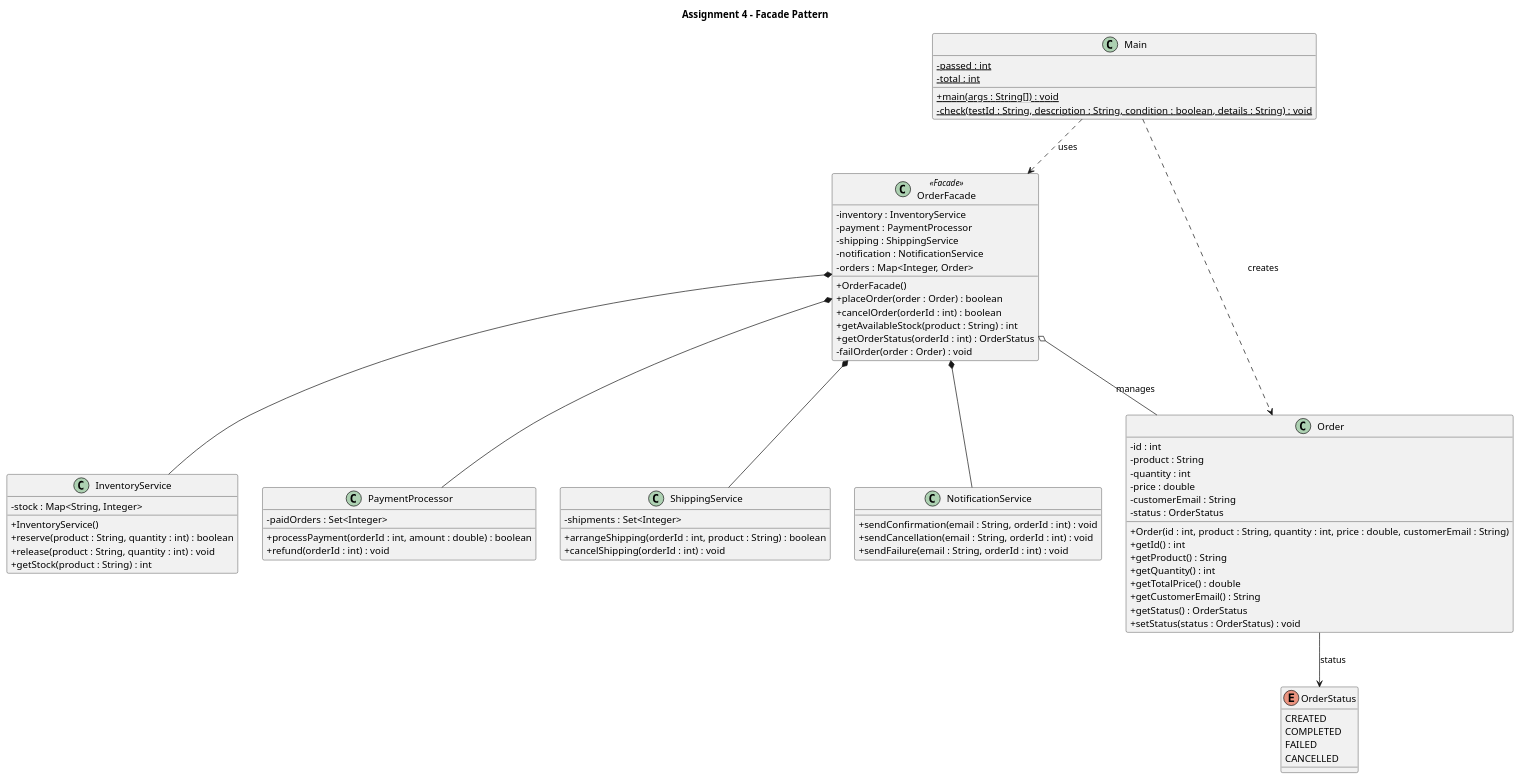
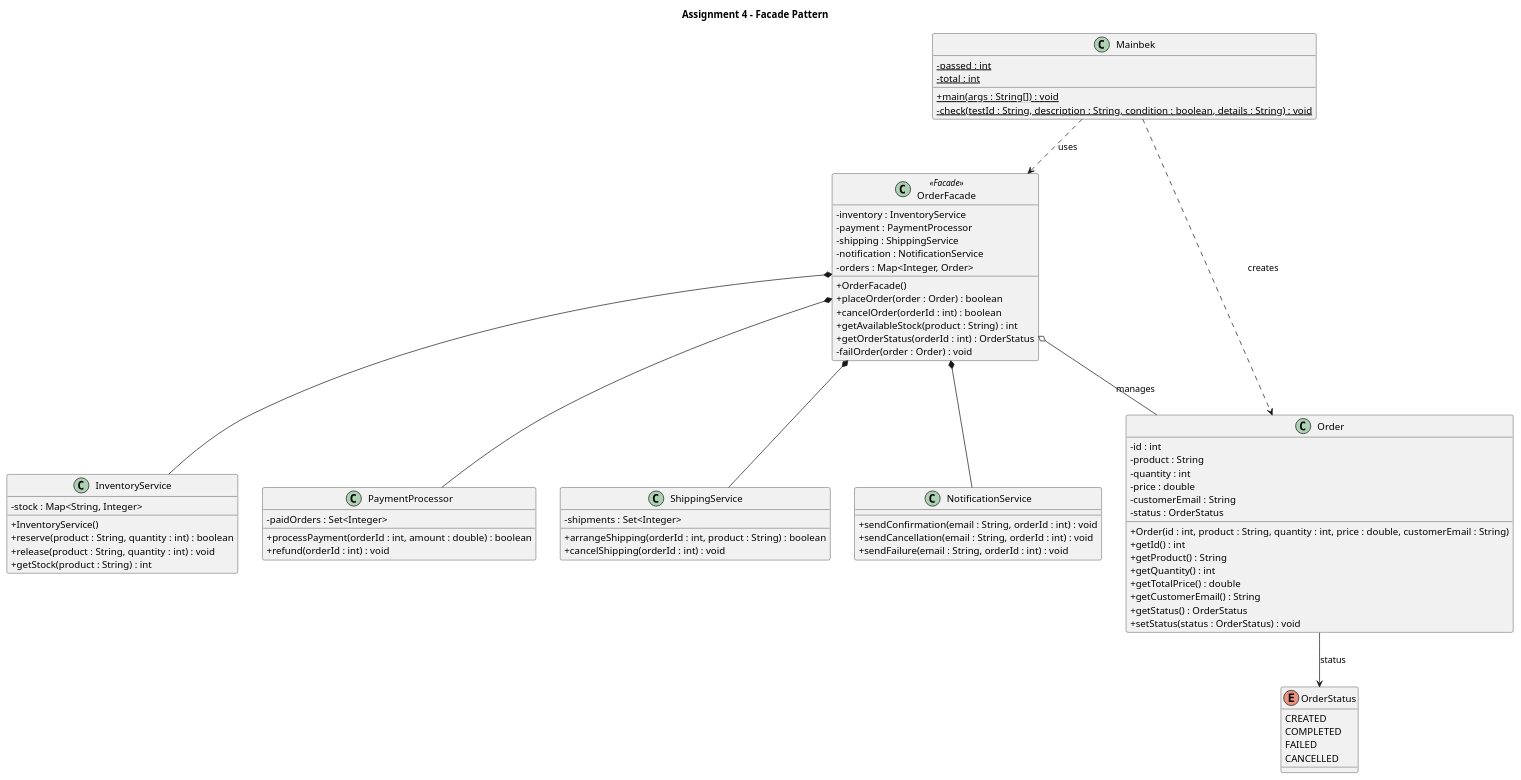
Before and after one commit to DevMax8/SDP-Assignment-4-Facade: the diagram in img/Online_Order_Processing_Facade_UML.puml, drawn with PlantUML. The commit also changed 1 other file, not shown here.

Commit message:
Update UML diagram to match Mainbek class

```diff
--- a/img/Online_Order_Processing_Facade_UML.puml
+++ b/img/Online_Order_Processing_Facade_UML.puml
@@ -2,88 +2,88 @@
 @startuml
 title Assignment 4 - Facade Pattern
 skinparam classAttributeIconSize 0
 top to bottom direction
 
-class Main {
+class Mainbek {
     - {static} passed : int
     - {static} total : int
     + {static} main(args : String[]) : void
     - {static} check(testId : String, description : String, condition : boolean, details : String) : void
 }
 
 class OrderFacade <<Facade>> {
     - inventory : InventoryService
     - payment : PaymentProcessor
     - shipping : ShippingService
     - notification : NotificationService
     - orders : Map<Integer, Order>
     + OrderFacade()
     + placeOrder(order : Order) : boolean
     + cancelOrder(orderId : int) : boolean
     + getAvailableStock(product : String) : int
     + getOrderStatus(orderId : int) : OrderStatus
     - failOrder(order : Order) : void
 }
 
 class Order {
     - id : int
     - product : String
     - quantity : int
     - price : double
     - customerEmail : String
     - status : OrderStatus
     + Order(id : int, product : String, quantity : int, price : double, customerEmail : String)
     + getId() : int
     + getProduct() : String
     + getQuantity() : int
     + getTotalPrice() : double
     + getCustomerEmail() : String
     + getStatus() : OrderStatus
     + setStatus(status : OrderStatus) : void
 }
 
 enum OrderStatus {
     CREATED
     COMPLETED
     FAILED
     CANCELLED
 }
 
 class InventoryService {
     - stock : Map<String, Integer>
     + InventoryService()
     + reserve(product : String, quantity : int) : boolean
     + release(product : String, quantity : int) : void
     + getStock(product : String) : int
 }
 
 class PaymentProcessor {
     - paidOrders : Set<Integer>
     + processPayment(orderId : int, amount : double) : boolean
     + refund(orderId : int) : void
 }
 
 class ShippingService {
     - shipments : Set<Integer>
     + arrangeShipping(orderId : int, product : String) : boolean
     + cancelShipping(orderId : int) : void
 }
 
 class NotificationService {
     + sendConfirmation(email : String, orderId : int) : void
     + sendCancellation(email : String, orderId : int) : void
     + sendFailure(email : String, orderId : int) : void
 }
 
-Main ..> OrderFacade : uses
-Main ..> Order : creates
+Mainbek ..> OrderFacade : uses
+Mainbek ..> Order : creates
 
 OrderFacade *-- InventoryService
 OrderFacade *-- PaymentProcessor
 OrderFacade *-- ShippingService
 OrderFacade *-- NotificationService
 
 OrderFacade o-- Order : manages
 Order --> OrderStatus : status
 
 @enduml
```
